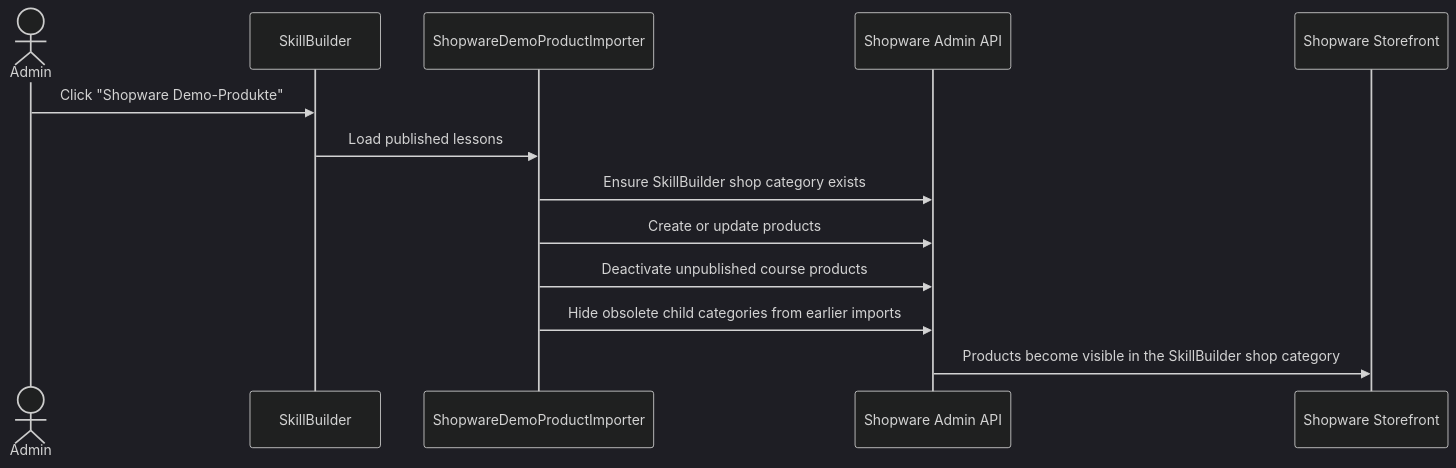
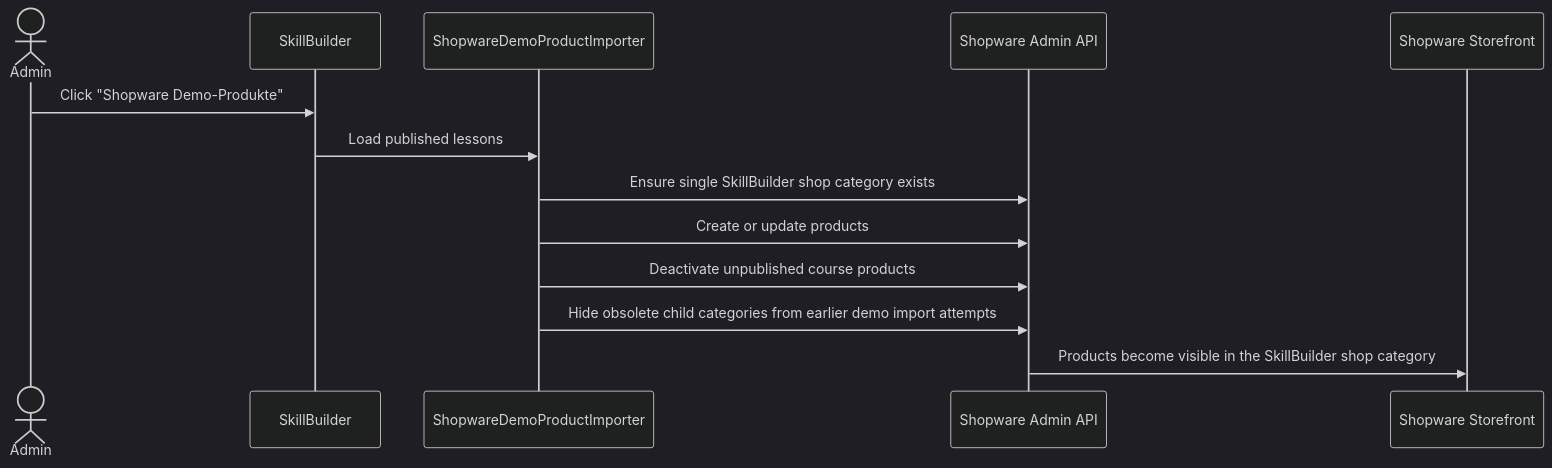
One commit to roadynet/skillbuilder-showcase changed the second of 2 diagrams in docs/architecture.md. Above: the diagram before and after it, drawn with Mermaid (dark theme). The commit also changed other lines of this file and 6 other files, not shown here.

````diff
--- a/docs/architecture.md
+++ b/docs/architecture.md
@@ -48,16 +48,16 @@
 ```mermaid
 sequenceDiagram
     actor Admin
     participant SkillBuilder
     participant Importer as ShopwareDemoProductImporter
     participant API as Shopware Admin API
     participant Storefront as Shopware Storefront
 
     Admin->>SkillBuilder: Click "Shopware Demo-Produkte"
     SkillBuilder->>Importer: Load published lessons
-    Importer->>API: Ensure SkillBuilder shop category exists
+    Importer->>API: Ensure single SkillBuilder shop category exists
     Importer->>API: Create or update products
     Importer->>API: Deactivate unpublished course products
-    Importer->>API: Hide obsolete child categories from earlier imports
+    Importer->>API: Hide obsolete child categories from earlier demo import attempts
     API->>Storefront: Products become visible in the SkillBuilder shop category
 ```
````
